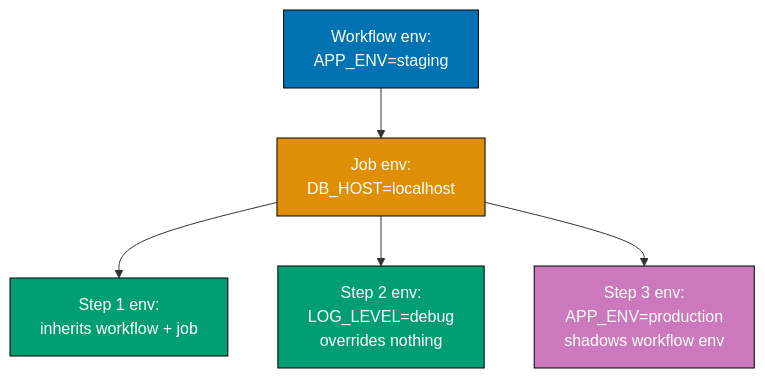
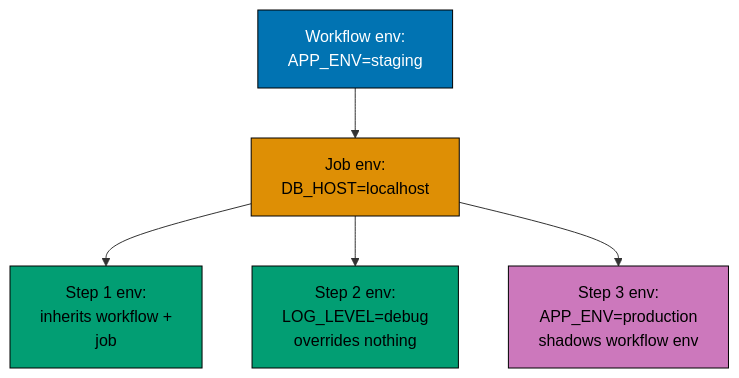
Before and after one commit to wahidyankf/ose-public: the first of 9 diagrams in apps/ayokoding-www/content/en/learn/legacy/software-engineering/automation-tools/github-actions/by-example/intermediate.md, drawn with Mermaid. The commit also changed other lines of this file and 131 other files, not shown here.

First line of the commit message:
fix(mermaid): bring the legacy data, infrastructure, and testing diagrams onto the accessible palette

````diff
--- a/apps/ayokoding-www/content/en/learn/legacy/software-engineering/automation-tools/github-actions/by-example/intermediate.md
+++ b/apps/ayokoding-www/content/en/learn/legacy/software-engineering/automation-tools/github-actions/by-example/intermediate.md
@@ -71,20 +71,27 @@
 ```mermaid
 %% Color Palette: Blue #0173B2, Orange #DE8F05, Teal #029E73, Purple #CC78BC, Brown #CA9161
 graph TD
+    accTitle: Example 30: Environment Variables at Workflow, Job, and Step Level
+    accDescr: Graph with 5 nodes and 4 connections. Nodes: Workflow env: APP_ENV=staging, Job env: DB_HOST=localhost, Step 1 env: inherits workflow + job, Step 2 env: LOG_LEVEL=debug overrides nothing, Step 3 env: APP_ENV=production shadows workflow env. Connections: Workflow env: APP_ENV=staging to Job env: DB_HOST=localhost, Job env: DB_HOST=localhost to Step 1 env: inherits workflow + job, Job env: DB_HOST=localhost to Step 2 env: LOG_LEVEL=debug overrides nothing, Job env: DB_HOST=localhost to Step 3 env: APP_ENV=production shadows workflow env.
     WF["Workflow env:<br/>APP_ENV=staging"]
     JOB["Job env:<br/>DB_HOST=localhost"]
-    S1["Step 1 env:<br/>inherits workflow + job"]
+    S1["Step 1 env:<br/>inherits workflow +<br/>job"]
     S2["Step 2 env:<br/>LOG_LEVEL=debug<br/>overrides nothing"]
     S3["Step 3 env:<br/>APP_ENV=production<br/>shadows workflow env"]
 
     WF --> JOB
     JOB --> S1
     JOB --> S2
     JOB --> S3
 
-    style WF fill:#0173B2,stroke:#000,color:#fff
-    style JOB fill:#DE8F05,stroke:#000,color:#fff
-    style S1 fill:#029E73,stroke:#000,color:#fff
-    style S2 fill:#029E73,stroke:#000,color:#fff
-    style S3 fill:#CC78BC,stroke:#000,color:#fff
+    classDef pal-0173B2 fill:#0173B2,stroke:#000000,color:#FFFFFF
+    class WF pal-0173B2
+    classDef pal-DE8F05 fill:#DE8F05,stroke:#000000,color:#000000
+    class JOB pal-DE8F05
+    classDef pal-029E73 fill:#029E73,stroke:#000000,color:#000000
+    class S1 pal-029E73
+    class S2 pal-029E73
+    classDef pal-CC78BC fill:#CC78BC,stroke:#000000,color:#000000
+    class S3 pal-CC78BC
+    classDef default fill:#FFFFFF,stroke:#000000,color:#000000
 ```
````
